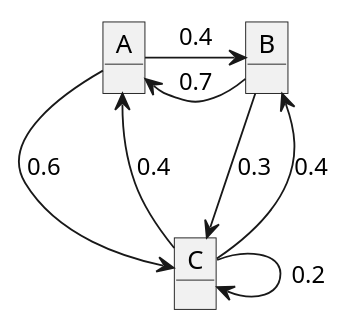
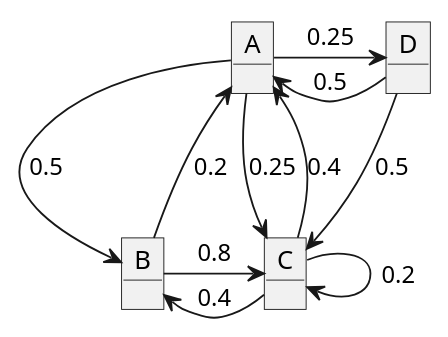
The second of 7 diagrams in src/docs/asciidoc/index.adoc (jezhiggins/a-very-small-language-model), drawn with PlantUML before and after one commit. The commit also changed other lines of this file and 5 other files, not shown here.

```diff
--- a/src/docs/asciidoc/index.adoc
+++ b/src/docs/asciidoc/index.adoc
@@ -290,13 +290,17 @@
 [plantuml, state-diagram-2, svg, width=600]
 ----
 object A
 object B
 object C
-A -r-> B : 0.4
-A --> C : 0.6
-B --> A : 0.7
-B --> C : 0.3
+object D
+A --> B : 0.5
+A --> C : 0.25
+A -r-> D : 0.25
+B --> A : 0.2
+B -r-> C : 0.8
 C --> A : 0.4
 C --> B : 0.4
 C --> C : 0.2
+D --> C : 0.5
+D --> A : 0.5
 ----
```
